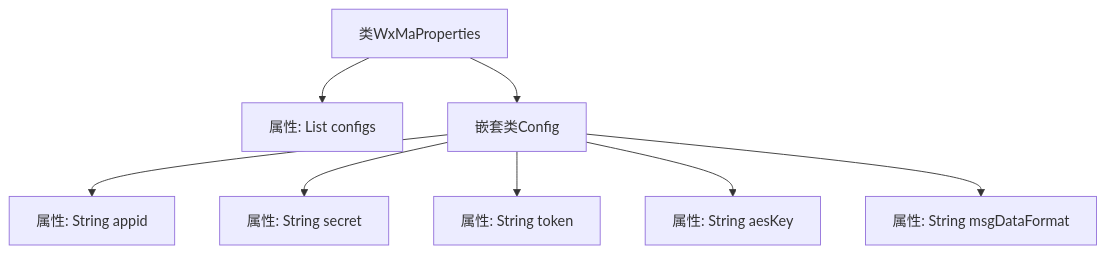
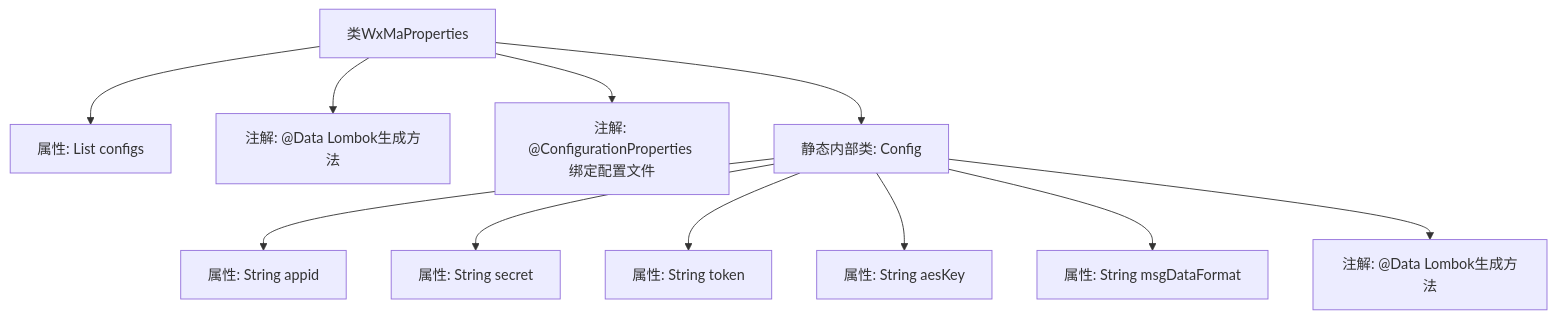
Before and after one commit to v-wjrong/imrrong_weixin-java-miniapp-demo: the second of 2 diagrams in docs/zh/docs/src/main/java/com/github/binarywang/demo/wx/miniapp/config/WxMaProperties.md, drawn with Mermaid. The commit also changed other lines of this file and 51 other files, not shown here.

````diff
--- a/docs/zh/docs/src/main/java/com/github/binarywang/demo/wx/miniapp/config/WxMaProperties.md
+++ b/docs/zh/docs/src/main/java/com/github/binarywang/demo/wx/miniapp/config/WxMaProperties.md
@@ -70,19 +70,25 @@
 ```mermaid
 graph TD
     A["类WxMaProperties"]
     B["属性: List<Config> configs"]
-    C["嵌套类Config"]
-    D["属性: String appid"]
-    E["属性: String secret"]
-    F["属性: String token"]
-    G["属性: String aesKey"]
-    H["属性: String msgDataFormat"]
+    C["注解: @Data Lombok生成方法"]
+    D["注解: @ConfigurationProperties 绑定配置文件"]
+    E["静态内部类: Config"]
+    F["属性: String appid"]
+    G["属性: String secret"]
+    H["属性: String token"]
+    I["属性: String aesKey"]
+    J["属性: String msgDataFormat"]
+    K["注解: @Data Lombok生成方法"]
 
     A --> B
     A --> C
-    C --> D
-    C --> E
-    C --> F
-    C --> G
-    C --> H
+    A --> D
+    A --> E
+    E --> F
+    E --> G
+    E --> H
+    E --> I
+    E --> J
+    E --> K
 ```
````
